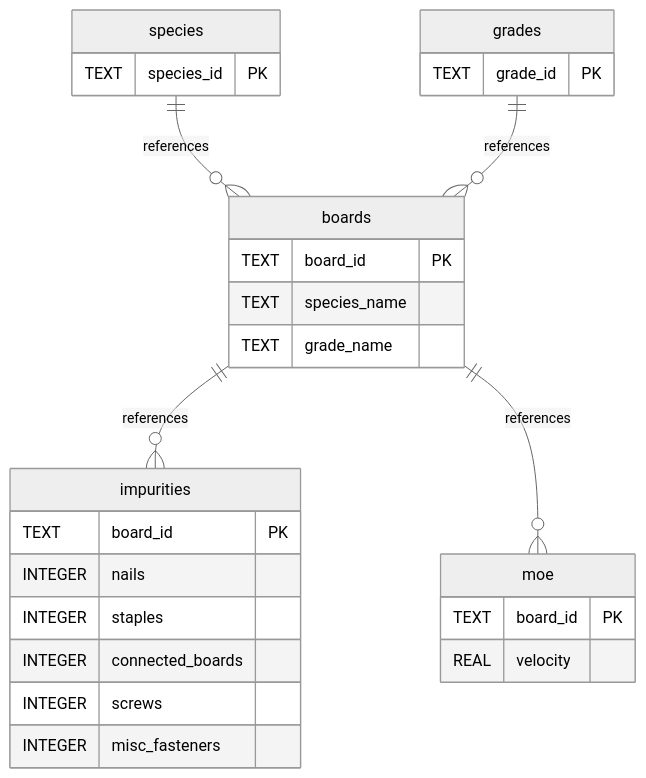
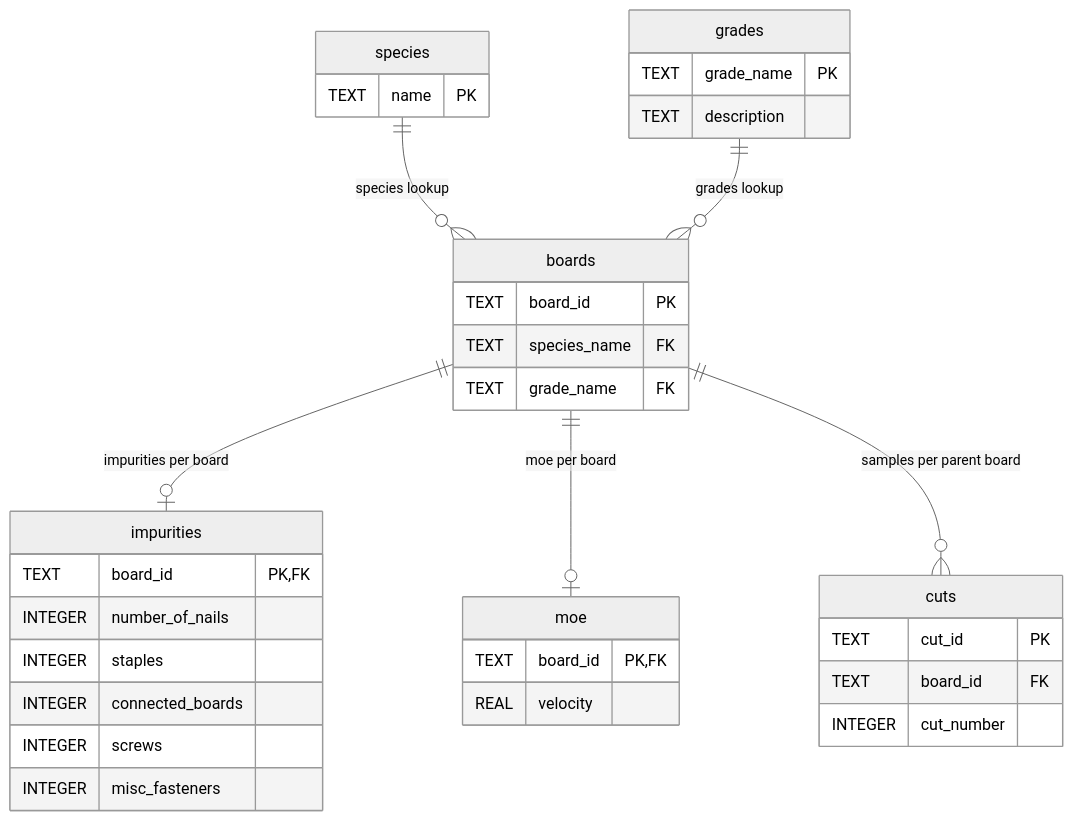
One commit to benjfriesen/RCLT changed the diagram in README.md. Above: the diagram before and after it, drawn with Mermaid.

````diff
--- a/README.md
+++ b/README.md
@@ -18,31 +18,39 @@
 ```mermaid
 %%{init: {'theme': 'neutral'}}%%
 erDiagram
     boards {
-TEXT board_id PK
-TEXT species_name
-TEXT grade_name
+        TEXT board_id PK
+        TEXT species_name FK
+        TEXT grade_name FK
     }
     species {
-TEXT species_id PK
+        TEXT name PK
     }
     grades {
-TEXT grade_id PK
+        TEXT grade_name PK
+        TEXT description
     }
     impurities {
-TEXT board_id PK
-INTEGER nails
-INTEGER staples
-INTEGER connected_boards
-INTEGER screws
-INTEGER misc_fasteners
+        TEXT board_id PK, FK
+        INTEGER number_of_nails
+        INTEGER staples
+        INTEGER connected_boards
+        INTEGER screws
+        INTEGER misc_fasteners
     }
     moe {
-TEXT board_id PK
-REAL velocity
+        TEXT board_id PK, FK
+        REAL velocity
     }
-    species ||--o{ boards : references
-    boards ||--o{ impurities : references
-    grades ||--o{ boards : references
-    boards ||--o{ moe : references
+    cuts {
+        TEXT cut_id PK
+        TEXT board_id FK
+        INTEGER cut_number
+    }
+    %% Relationships
+    species ||--o{ boards : "species lookup"
+    grades ||--o{ boards : "grades lookup"
+    boards ||--o| impurities : "impurities per board"
+    boards ||--o| moe : "moe per board"
+    boards ||--o{ cuts : "samples per parent board"
 ```
````
